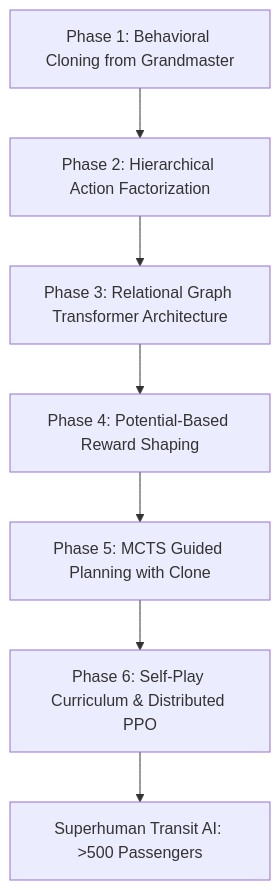
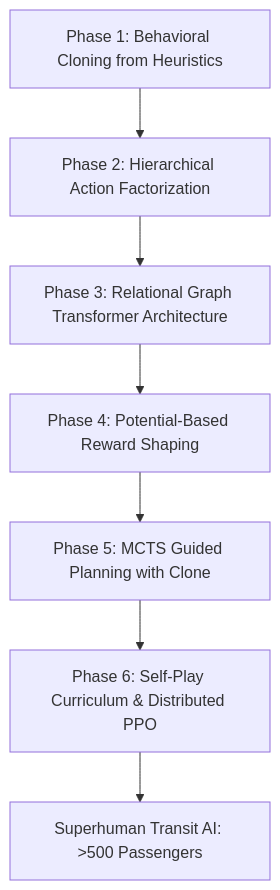
Before and after one commit to AniruthKarthik/mini-metro: the diagram in resrc/improvements.md, drawn with Mermaid. The commit also changed other lines of this file and 6 other files, not shown here.

````diff
--- a/resrc/improvements.md
+++ b/resrc/improvements.md
@@ -47,9 +47,9 @@
 ```mermaid
 graph TD
-    A[Phase 1: Behavioral Cloning from Grandmaster] --> B[Phase 2: Hierarchical Action Factorization]
+    A[Phase 1: Behavioral Cloning from Heuristics] --> B[Phase 2: Hierarchical Action Factorization]
     B --> C[Phase 3: Relational Graph Transformer Architecture]
     C --> D[Phase 4: Potential-Based Reward Shaping]
     D --> E[Phase 5: MCTS Guided Planning with Clone]
     E --> F[Phase 6: Self-Play Curriculum & Distributed PPO]
     F --> G[Superhuman Transit AI: >500 Passengers]
 ```
````
